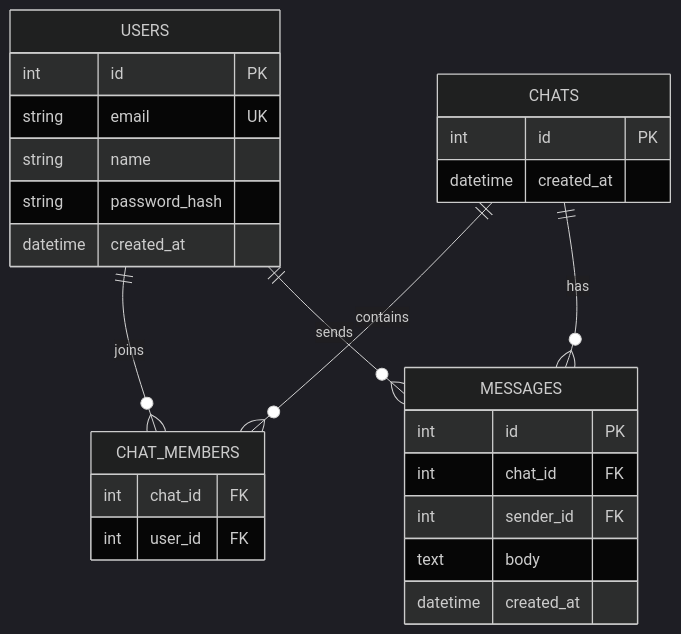
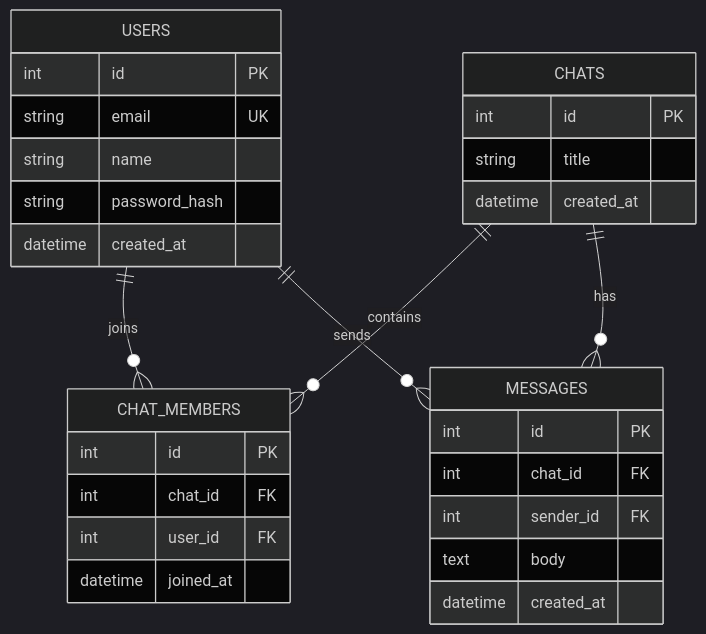
The second of 4 diagrams in README.md (aske312/project_403), drawn with Mermaid (dark theme) before and after one commit. The commit also changed other lines of this file and 6 other files, not shown here.

````diff
--- a/README.md
+++ b/README.md
@@ -204,33 +213,36 @@
 ```mermaid
 erDiagram
     USERS {
         int id PK
         string email UK
         string name
         string password_hash
         datetime created_at
     }
 
     CHATS {
         int id PK
+        string title
         datetime created_at
     }
 
     CHAT_MEMBERS {
+        int id PK
         int chat_id FK
         int user_id FK
+        datetime joined_at
     }
 
     MESSAGES {
         int id PK
         int chat_id FK
         int sender_id FK
         text body
         datetime created_at
     }
 
     USERS ||--o{ CHAT_MEMBERS : joins
     CHATS ||--o{ CHAT_MEMBERS : contains
     CHATS ||--o{ MESSAGES : has
     USERS ||--o{ MESSAGES : sends
 ```
````
